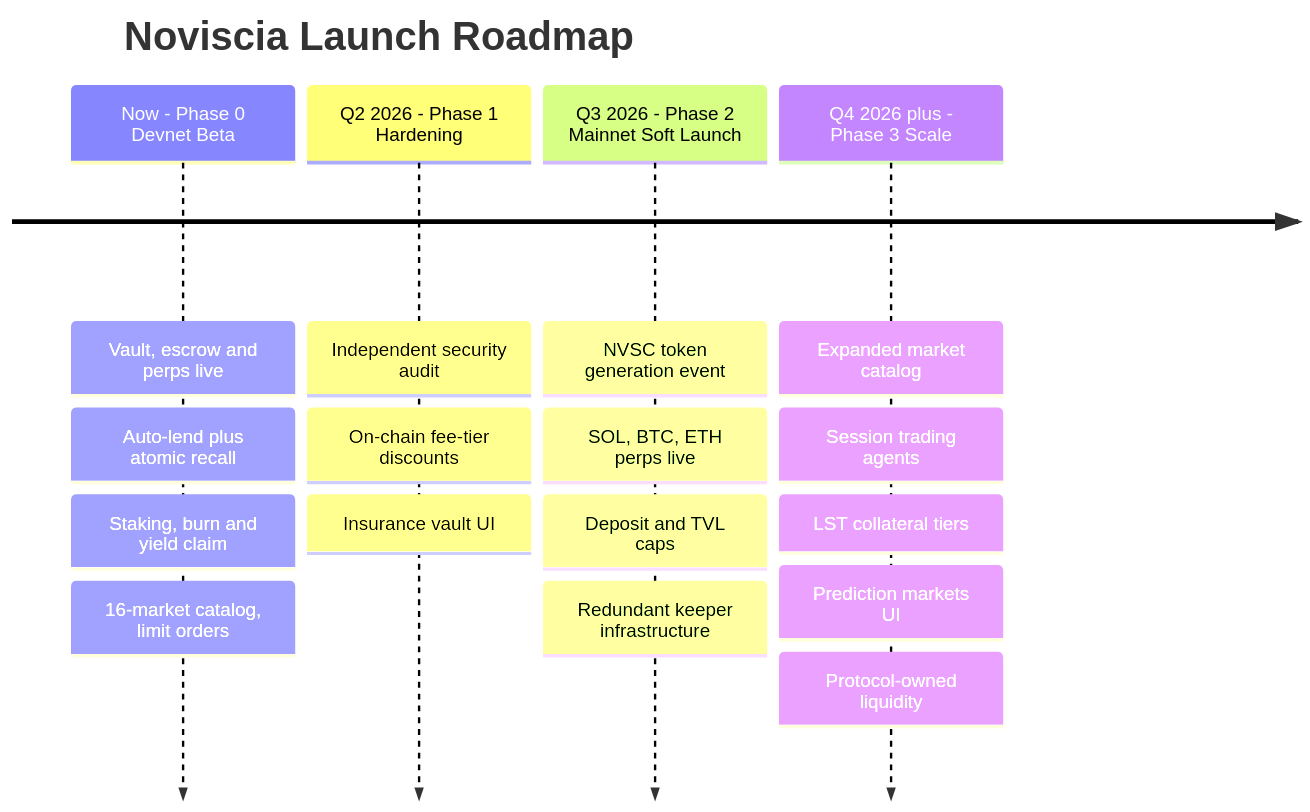
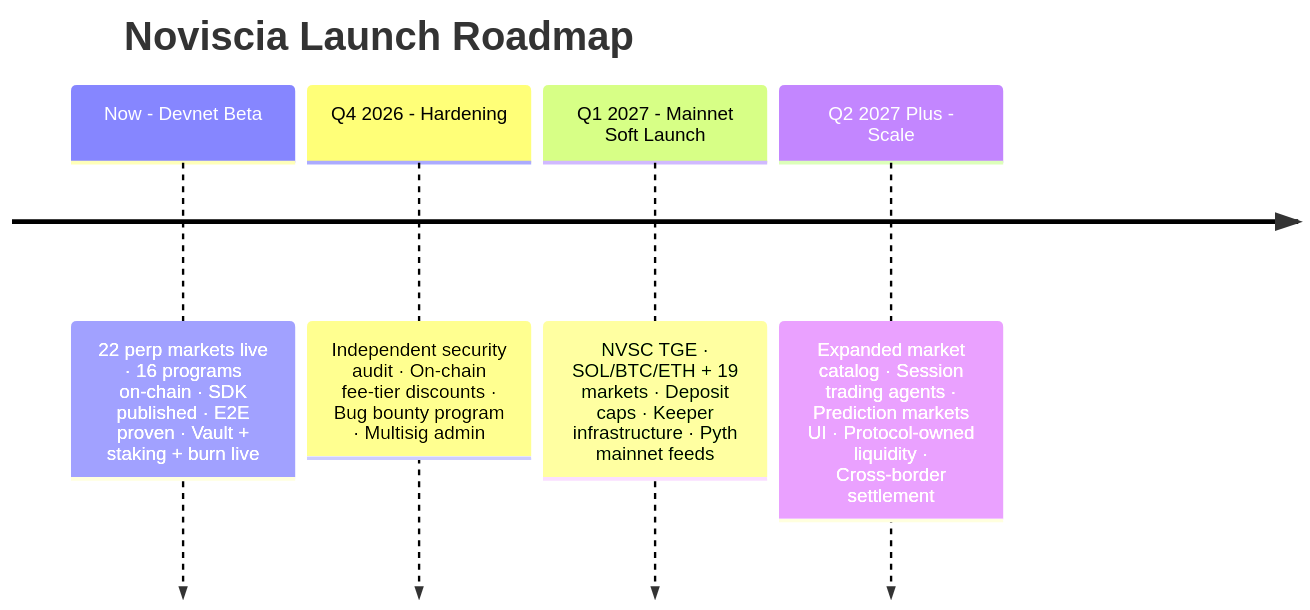
One commit to KezzyNgotho/noviscia-protocol changed the diagram in docs/assets/roadmap-timeline.mmd. Above: the diagram before and after it, drawn with Mermaid. The commit also changed 16 other files, not shown here.

```diff
--- a/docs/assets/roadmap-timeline.mmd
+++ b/docs/assets/roadmap-timeline.mmd
@@ -1,6 +1,6 @@
 timeline
     title Noviscia Launch Roadmap
-    Now - Phase 0 Devnet Beta : Vault, escrow and perps live : Auto-lend plus atomic recall : Staking, burn and yield claim : 16-market catalog, limit orders
-    Q2 2026 - Phase 1 Hardening : Independent security audit : On-chain fee-tier discounts : Insurance vault UI
-    Q3 2026 - Phase 2 Mainnet Soft Launch : NVSC token generation event : SOL, BTC, ETH perps live : Deposit and TVL caps : Redundant keeper infrastructure
-    Q4 2026 plus - Phase 3 Scale : Expanded market catalog : Session trading agents : LST collateral tiers : Prediction markets UI : Protocol-owned liquidity
+    Now - Devnet Beta : 22 perp markets live · 16 programs on-chain · SDK published · E2E proven · Vault + staking + burn live
+    Q4 2026 - Hardening : Independent security audit · On-chain fee-tier discounts · Bug bounty program · Multisig admin
+    Q1 2027 - Mainnet Soft Launch : NVSC TGE · SOL/BTC/ETH + 19 markets · Deposit caps · Keeper infrastructure · Pyth mainnet feeds
+    Q2 2027 Plus - Scale : Expanded market catalog · Session trading agents · Prediction markets UI · Protocol-owned liquidity · Cross-border settlement
```
